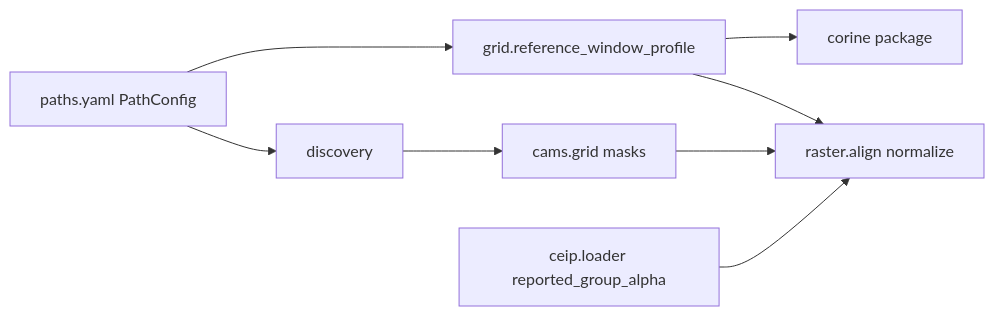
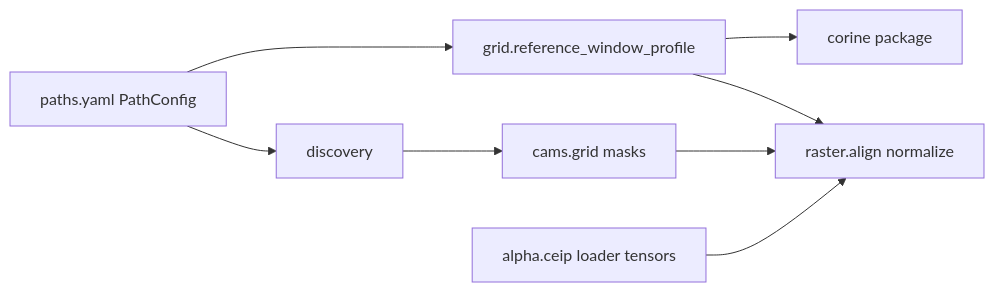
The diagram in PROXY/core/README.md (m4gelan/Urbem-Downscalling-tool-and-Proxy-Creation), drawn with Mermaid before and after one commit. The commit also changed other lines of this file and 99 other files, not shown here.

````diff
--- a/PROXY/core/README.md
+++ b/PROXY/core/README.md
@@ -146,17 +148,17 @@
 ```mermaid
 flowchart LR
   paths[paths.yaml PathConfig]
   disc[discovery]
   grid[grid.reference_window_profile]
   cams[cams.grid masks]
   cor[corine package]
   rast[raster.align normalize]
-  ceip[ceip.loader reported_group_alpha]
+  aceip[alpha.ceip loader tensors]
   paths --> disc
   paths --> grid
   disc --> cams
   grid --> cor
   grid --> rast
   cams --> rast
-  ceip --> rast
+  aceip --> rast
 ```
````
